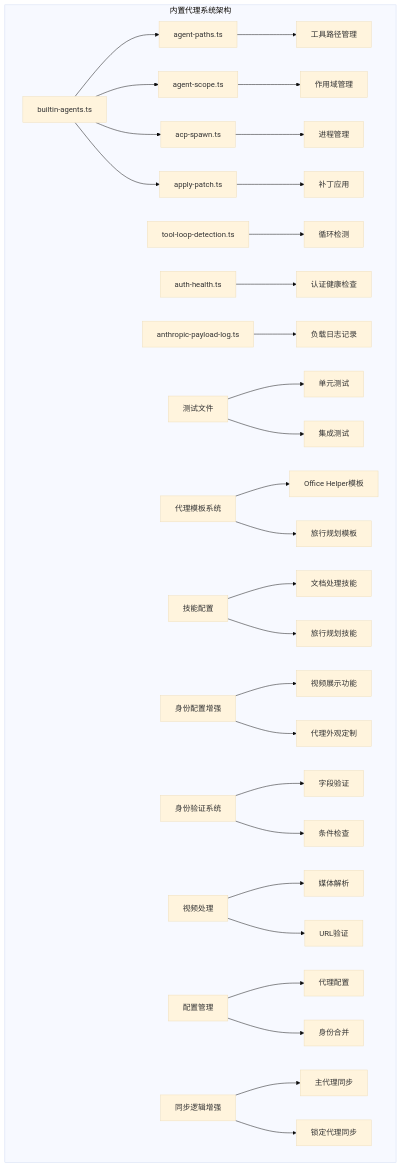
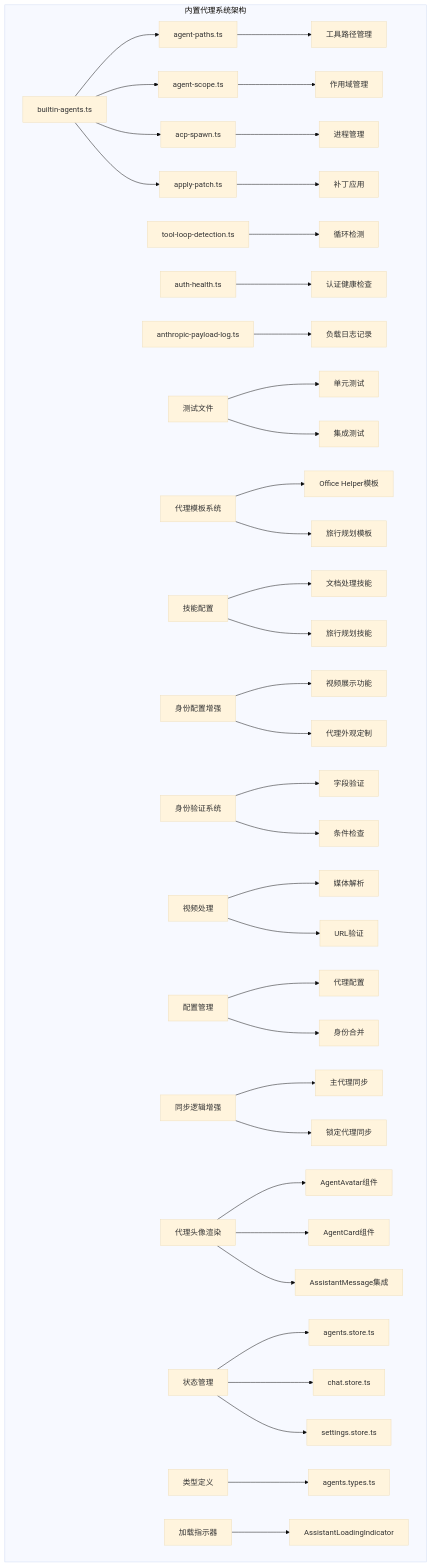
The first of 23 diagrams in .qoder/repowiki/zh/content/Builtin Agents System.md (verse-ai-org/openclaw), drawn with Mermaid (base theme) before and after one commit. The commit also changed other lines of this file and 5 other files, not shown here.

````diff
--- a/.qoder/repowiki/zh/content/Builtin Agents System.md
+++ b/.qoder/repowiki/zh/content/Builtin Agents System.md
@@ -80,32 +91,40 @@
 ```mermaid
 graph TB
 subgraph "内置代理系统架构"
 A[builtin-agents.ts] --> B[agent-paths.ts]
 A --> C[agent-scope.ts]
 A --> D[acp-spawn.ts]
 A --> E[apply-patch.ts]
 B --> F[工具路径管理]
 C --> G[作用域管理]
 D --> H[进程管理]
 E --> I[补丁应用]
 J[tool-loop-detection.ts] --> K[循环检测]
 L[auth-health.ts] --> M[认证健康检查]
 N[anthropic-payload-log.ts] --> O[负载日志记录]
 P[测试文件] --> Q[单元测试]
 P --> R[集成测试]
 S[代理模板系统] --> T[Office Helper模板]
 S --> U[旅行规划模板]
 V[技能配置] --> W[文档处理技能]
 V --> X[旅行规划技能]
 Y[身份配置增强] --> Z[视频展示功能]
 Y --> AA[代理外观定制]
 BB[身份验证系统] --> CC[字段验证]
 BB --> DD[条件检查]
 EE[视频处理] --> FF[媒体解析]
 EE --> GG[URL验证]
 HH[配置管理] --> II[代理配置]
 HH --> JJ[身份合并]
 KK[同步逻辑增强] --> LL[主代理同步]
 KK --> MM[锁定代理同步]
+NN[代理头像渲染] --> OO[AgentAvatar组件]
+NN --> PP[AgentCard组件]
+NN --> QQ[AssistantMessage集成]
+RR[状态管理] --> SS[agents.store.ts]
+RR --> TT[chat.store.ts]
+RR --> UU[settings.store.ts]
+VV[类型定义] --> WW[agents.types.ts]
+XX[加载指示器] --> YY[AssistantLoadingIndicator]
 end
 ```
````
